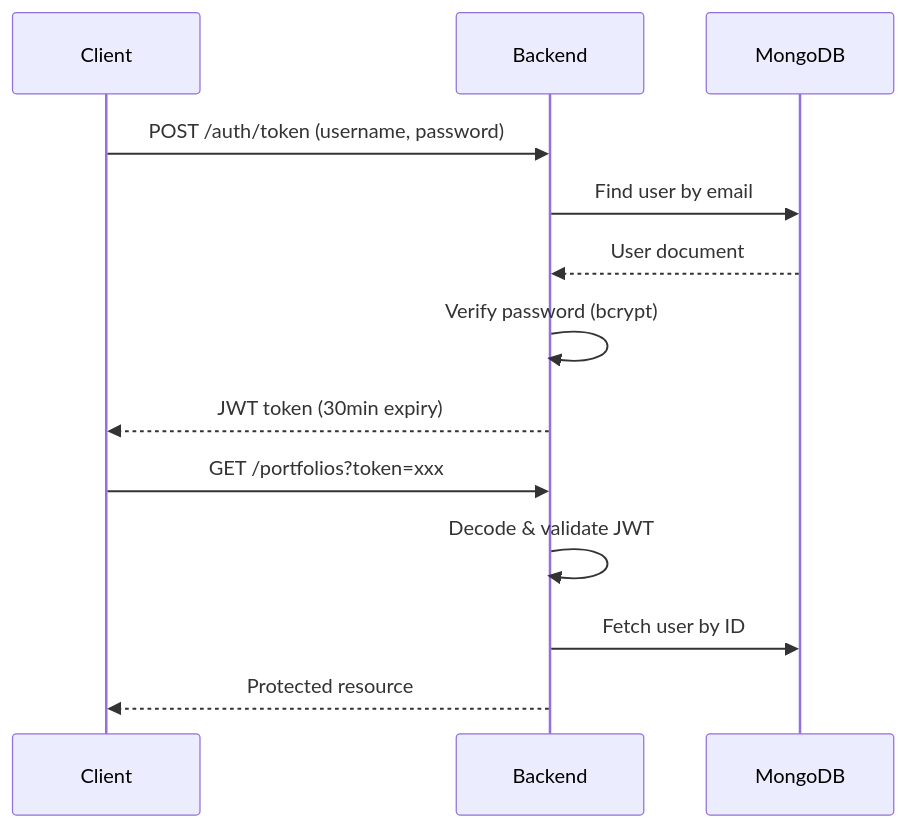
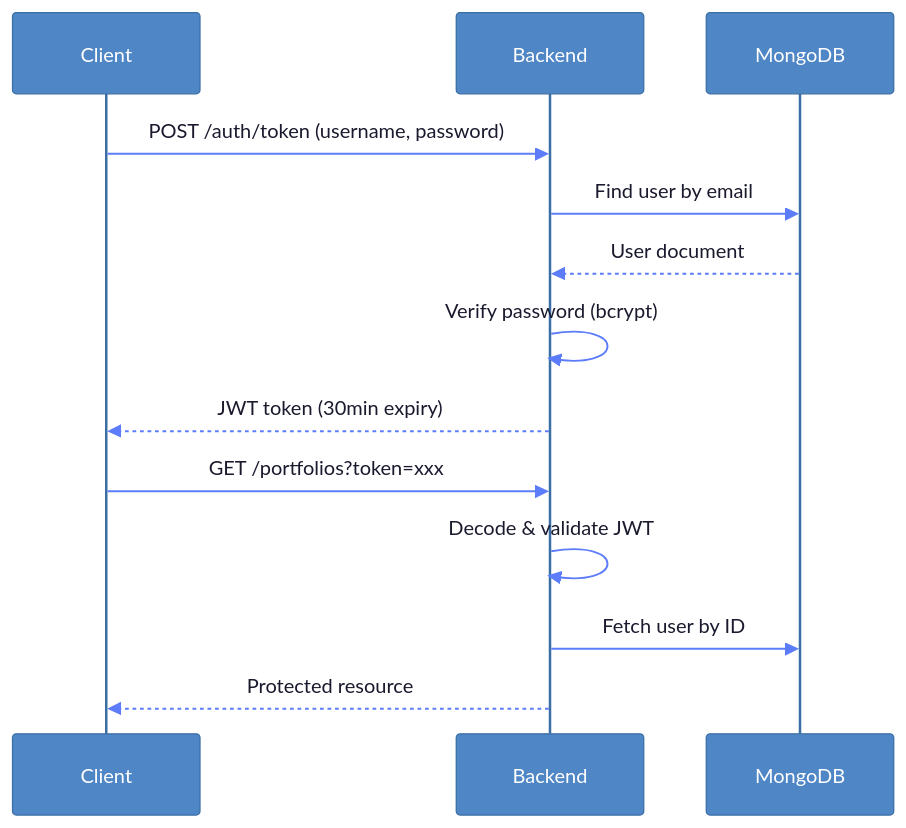
Before and after one commit to leopaulmarotte/PaperTradingPM: the second of 3 diagrams in README.md, drawn with Mermaid. The commit also changed other lines of this file, not shown here.

Commit message:
better diagrams

````diff
--- a/README.md
+++ b/README.md
@@ -184,17 +185,18 @@
 ```mermaid
+%%{init: {'theme': 'base', 'themeVariables': { 'primaryColor': '#4f86c6', 'primaryTextColor': '#1a1a2e', 'signalColor': '#5c7cfa', 'actorBkg': '#4f86c6', 'actorTextColor': '#fff', 'actorBorder': '#3a6ea5', 'activationBkgColor': '#e8f4f8', 'sequenceNumberColor': '#fff'}}}%%
 sequenceDiagram
     participant Client
     participant Backend
     participant MongoDB
     
     Client->>Backend: POST /auth/token (username, password)
     Backend->>MongoDB: Find user by email
     MongoDB-->>Backend: User document
     Backend->>Backend: Verify password (bcrypt)
     Backend-->>Client: JWT token (30min expiry)
     
     Client->>Backend: GET /portfolios?token=xxx
     Backend->>Backend: Decode & validate JWT
     Backend->>MongoDB: Fetch user by ID
     Backend-->>Client: Protected resource
 ```
````
